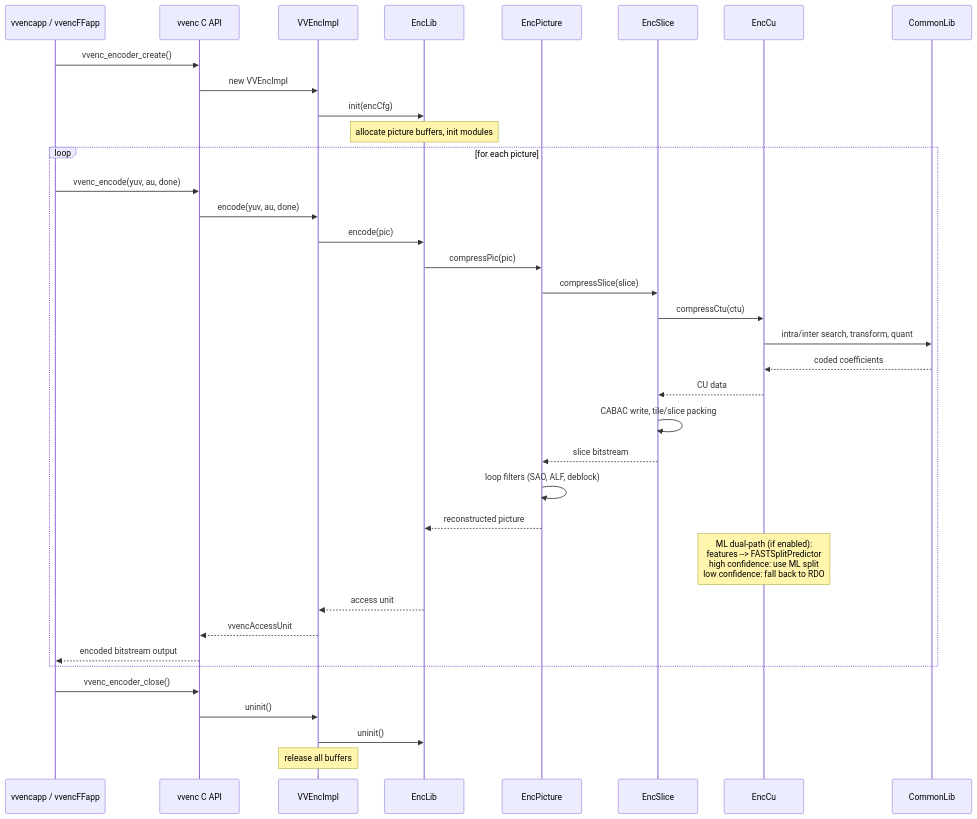
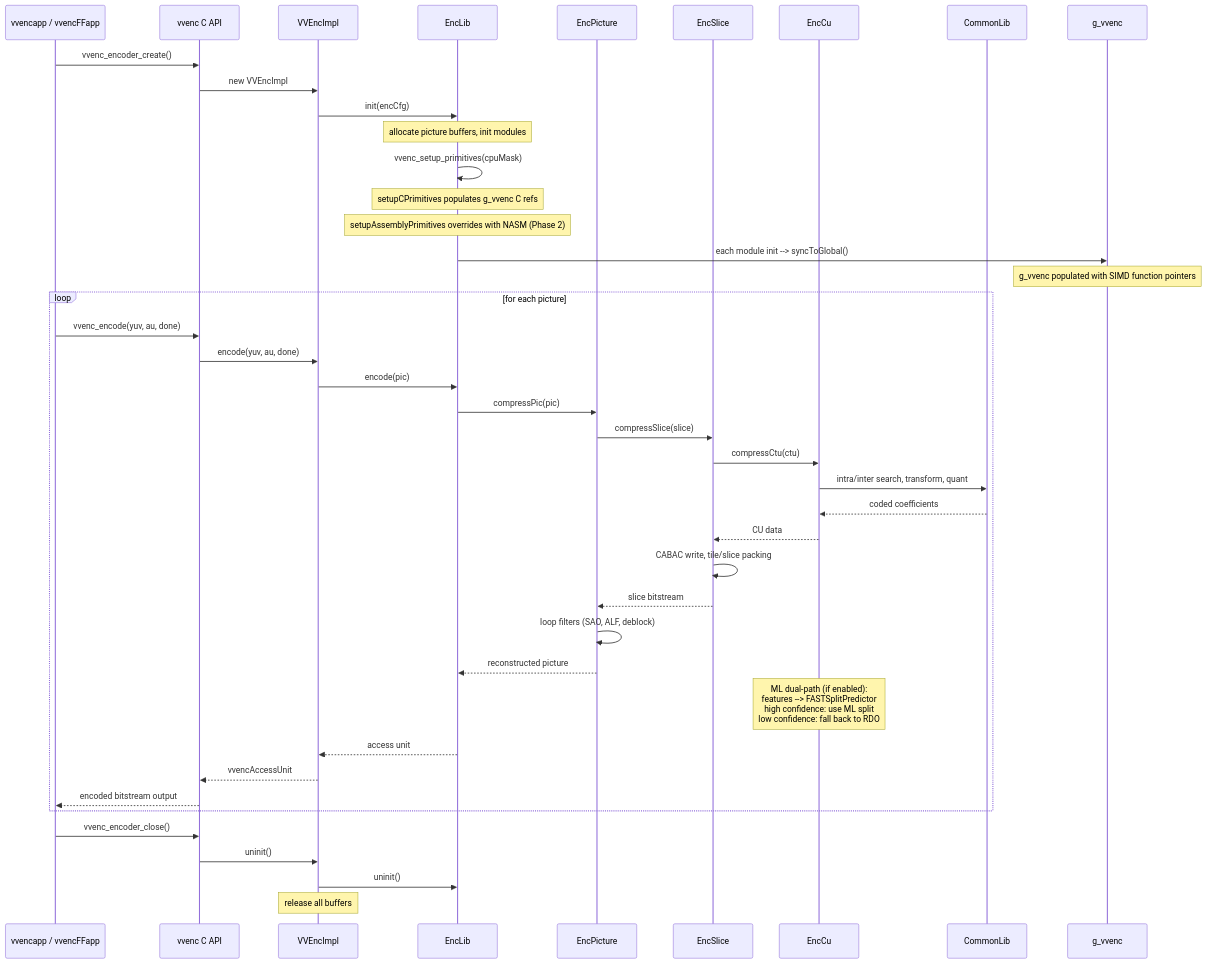
One commit to opensassi/deepenc changed the second of 2 diagrams in technical-specification.md. Above: the diagram before and after it, drawn with Mermaid. The commit also changed other lines of this file and 50 other files, not shown here.

````diff
--- a/technical-specification.md
+++ b/technical-specification.md
@@ -103,41 +174,47 @@
 ```mermaid
 sequenceDiagram
     participant CLI as vvencapp / vvencFFapp
     participant CAPI as vvenc C API
     participant Impl as VVEncImpl
     participant EL as EncLib
     participant EP as EncPicture
     participant ES as EncSlice
     participant ECU as EncCu
     participant CL as CommonLib
+    participant GV as g_vvenc
 
     CLI->>CAPI: vvenc_encoder_create()
     CAPI->>Impl: new VVEncImpl
     Impl->>EL: init(encCfg)
     Note over EL: allocate picture buffers, init modules
+    EL->>EL: vvenc_setup_primitives(cpuMask)
+    Note over EL: setupCPrimitives populates g_vvenc C refs
+    Note over EL: setupAssemblyPrimitives overrides with NASM (Phase 2)
+    EL->>GV: each module init --> syncToGlobal()
+    Note over GV: g_vvenc populated with SIMD function pointers
 
     loop for each picture
         CLI->>CAPI: vvenc_encode(yuv, au, done)
         CAPI->>Impl: encode(yuv, au, done)
         Impl->>EL: encode(pic)
         EL->>EP: compressPic(pic)
         EP->>ES: compressSlice(slice)
         ES->>ECU: compressCtu(ctu)
         ECU->>CL: intra/inter search, transform, quant
         CL-->>ECU: coded coefficients
         ECU-->>ES: CU data
         ES->>ES: CABAC write, tile/slice packing
         ES-->>EP: slice bitstream
         EP->>EP: loop filters (SAO, ALF, deblock)
         EP-->>EL: reconstructed picture
         Note over ECU: ML dual-path (if enabled):<br/>features --> FASTSplitPredictor<br/>high confidence: use ML split<br/>low confidence: fall back to RDO
         EL-->>Impl: access unit
         Impl-->>CAPI: vvencAccessUnit
         CAPI-->>CLI: encoded bitstream output
     end
 
     CLI->>CAPI: vvenc_encoder_close()
     CAPI->>Impl: uninit()
     Impl->>EL: uninit()
     Note over Impl: release all buffers
 ```
````
